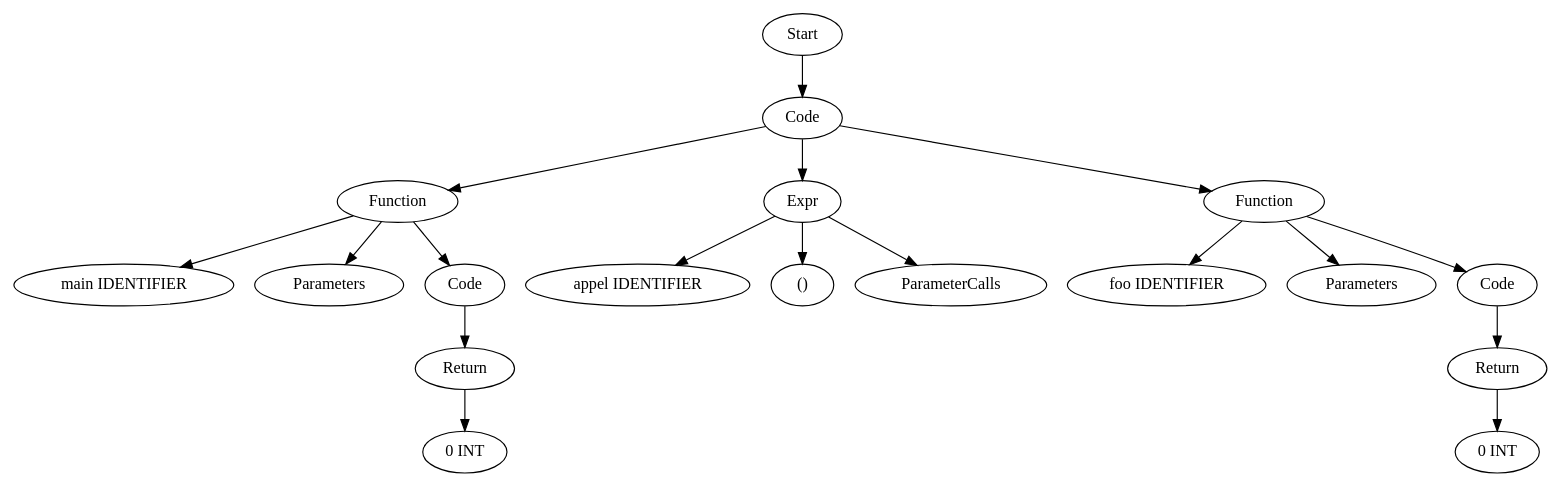
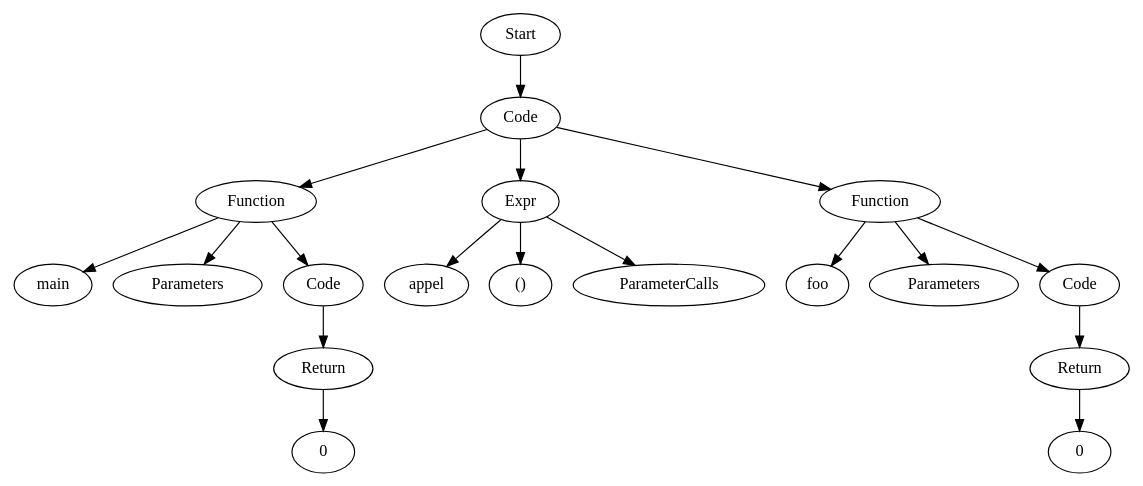
The diagram in TestCases/ASTTests/ConstraintsTests/createTests/read_file_before.dot (Are-you-listening/Compilers), drawn with Graphviz before and after one commit. The commit also changed 94 other files, not shown here.

```diff
--- a/TestCases/ASTTests/ConstraintsTests/createTests/read_file_before.dot
+++ b/TestCases/ASTTests/ConstraintsTests/createTests/read_file_before.dot
@@ -1,37 +1,37 @@
 digraph AST {
-  "124301359766144" [label="Start"];
-  "124301359766144" -> "124301359764416";
-  "124301359764416" [label="Code"];
-  "124301359764416" -> "124301359763024";
-  "124301359764416" -> "124301359765568";
-  "124301359764416" -> "124301359762016";
-  "124301359763024" [label="Function"];
-  "124301359763024" -> "124301359766240";
-  "124301359763024" -> "124301359760240";
-  "124301359763024" -> "124301359765904";
-  "124301359766240" [label="main IDENTIFIER"];
-  "124301359760240" [label="Parameters"];
-  "124301359765904" [label="Code"];
-  "124301359765904" -> "124301359765808";
-  "124301359765808" [label="Return"];
-  "124301359765808" -> "124301359764992";
-  "124301359764992" [label="0 INT"];
-  "124301359765568" [label="Expr"];
-  "124301359765568" -> "124301359765328";
-  "124301359765568" -> "124301359769600";
-  "124301359765568" -> "124301359761536";
-  "124301359765328" [label="appel IDENTIFIER"];
-  "124301359769600" [label="() "];
-  "124301359761536" [label="ParameterCalls"];
-  "124301359762016" [label="Function"];
-  "124301359762016" -> "124301359762256";
-  "124301359762016" -> "124301359759904";
-  "124301359762016" -> "124301359766480";
-  "124301359762256" [label="foo IDENTIFIER"];
-  "124301359759904" [label="Parameters"];
-  "124301359766480" [label="Code"];
-  "124301359766480" -> "124301359767056";
-  "124301359767056" [label="Return"];
-  "124301359767056" -> "124301359767776";
-  "124301359767776" [label="0 INT"];
+  "128730874076688" [label="Start"];
+  "128730874076688" -> "128730874076160";
+  "128730874076160" [label="Code"];
+  "128730874076160" -> "128730874070976";
+  "128730874076160" -> "128730874077216";
+  "128730874076160" -> "128730874070208";
+  "128730874070976" [label="Function"];
+  "128730874070976" -> "128730874071696";
+  "128730874070976" -> "128730874075344";
+  "128730874070976" -> "128730874076592";
+  "128730874071696" [label="main"];
+  "128730874075344" [label="Parameters"];
+  "128730874076592" [label="Code"];
+  "128730874076592" -> "128730874077696";
+  "128730874077696" [label="Return"];
+  "128730874077696" -> "128730874077024";
+  "128730874077024" [label="0"];
+  "128730874077216" [label="Expr"];
+  "128730874077216" -> "128730874073616";
+  "128730874077216" -> "128730874081776";
+  "128730874077216" -> "128730874076016";
+  "128730874073616" [label="appel"];
+  "128730874081776" [label="()"];
+  "128730874076016" [label="ParameterCalls"];
+  "128730874070208" [label="Function"];
+  "128730874070208" -> "128730874070928";
+  "128730874070208" -> "128730874078272";
+  "128730874070208" -> "128730874078848";
+  "128730874070928" [label="foo"];
+  "128730874078272" [label="Parameters"];
+  "128730874078848" [label="Code"];
+  "128730874078848" -> "128730874079232";
+  "128730874079232" [label="Return"];
+  "128730874079232" -> "128730874079952";
+  "128730874079952" [label="0"];
 }
```
